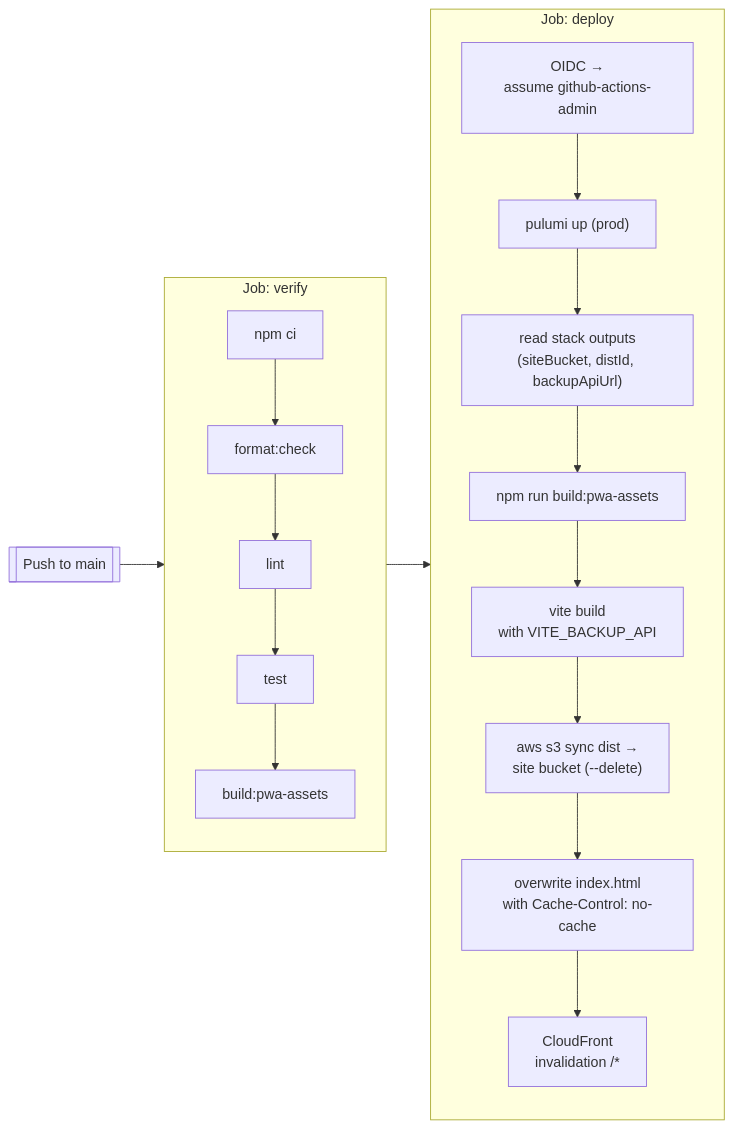
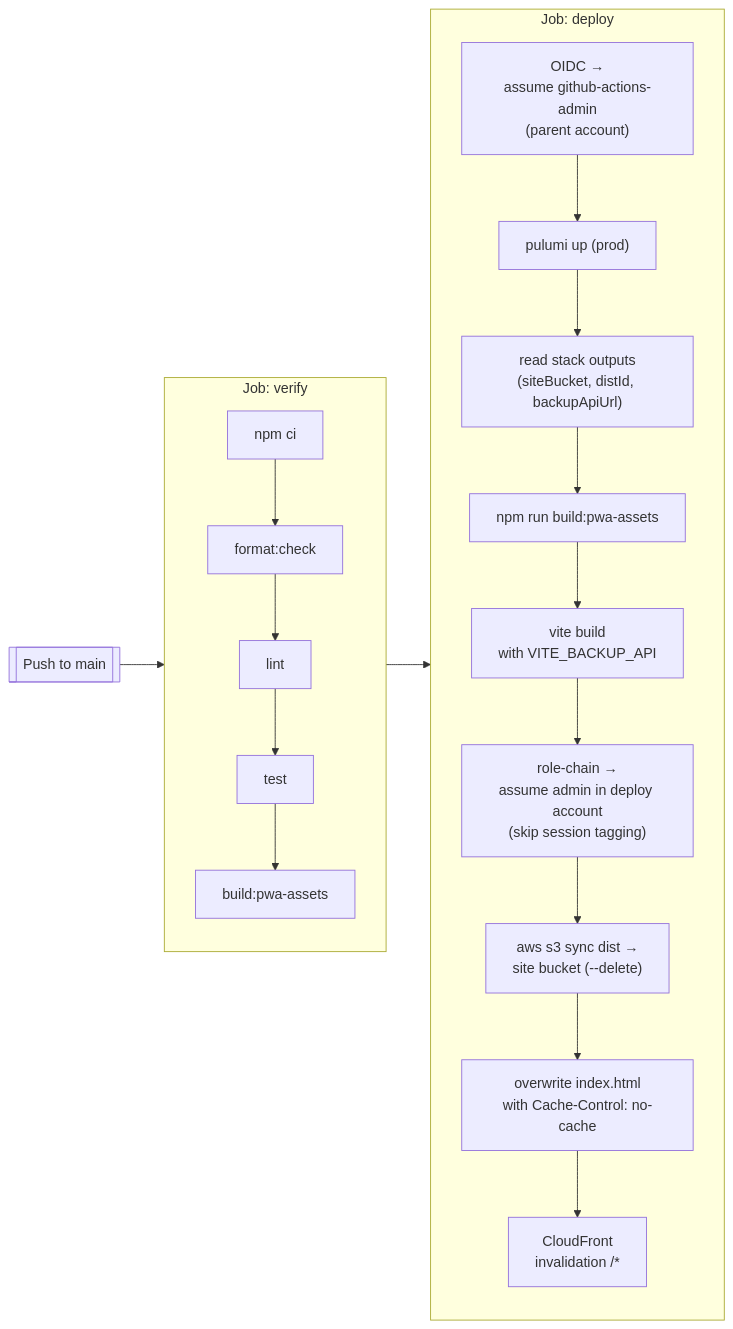
Before and after one commit to mjwbenton/filmbuddy: the tenth of 10 diagrams in docs/walkthrough.md, drawn with Mermaid. The commit also changed other lines of this file and 1 other file, not shown here.

````diff
--- a/docs/walkthrough.md
+++ b/docs/walkthrough.md
@@ -404,18 +404,19 @@
 ```mermaid
 flowchart LR
     Push[["Push to main"]] --> Verify
     subgraph Verify["Job: verify"]
       V1["npm ci"] --> V2["format:check"] --> V3[lint] --> V4[test] --> V5["build:pwa-assets"]
     end
     Verify --> Deploy
     subgraph Deploy["Job: deploy"]
-      D1["OIDC →<br/>assume github-actions-admin"]
+      D1["OIDC →<br/>assume github-actions-admin<br/>(parent account)"]
       D1 --> D2["pulumi up (prod)"]
       D2 --> D3["read stack outputs<br/>(siteBucket, distId, backupApiUrl)"]
       D3 --> D4["npm run build:pwa-assets"]
       D4 --> D5["vite build<br/>with VITE_BACKUP_API"]
-      D5 --> D6["aws s3 sync dist →<br/>site bucket (--delete)"]
-      D6 --> D7["overwrite index.html<br/>with Cache-Control: no-cache"]
-      D7 --> D8["CloudFront<br/>invalidation /*"]
+      D5 --> D6["role-chain →<br/>assume admin in deploy account<br/>(skip session tagging)"]
+      D6 --> D7["aws s3 sync dist →<br/>site bucket (--delete)"]
+      D7 --> D8["overwrite index.html<br/>with Cache-Control: no-cache"]
+      D8 --> D9["CloudFront<br/>invalidation /*"]
     end
 ```
````
